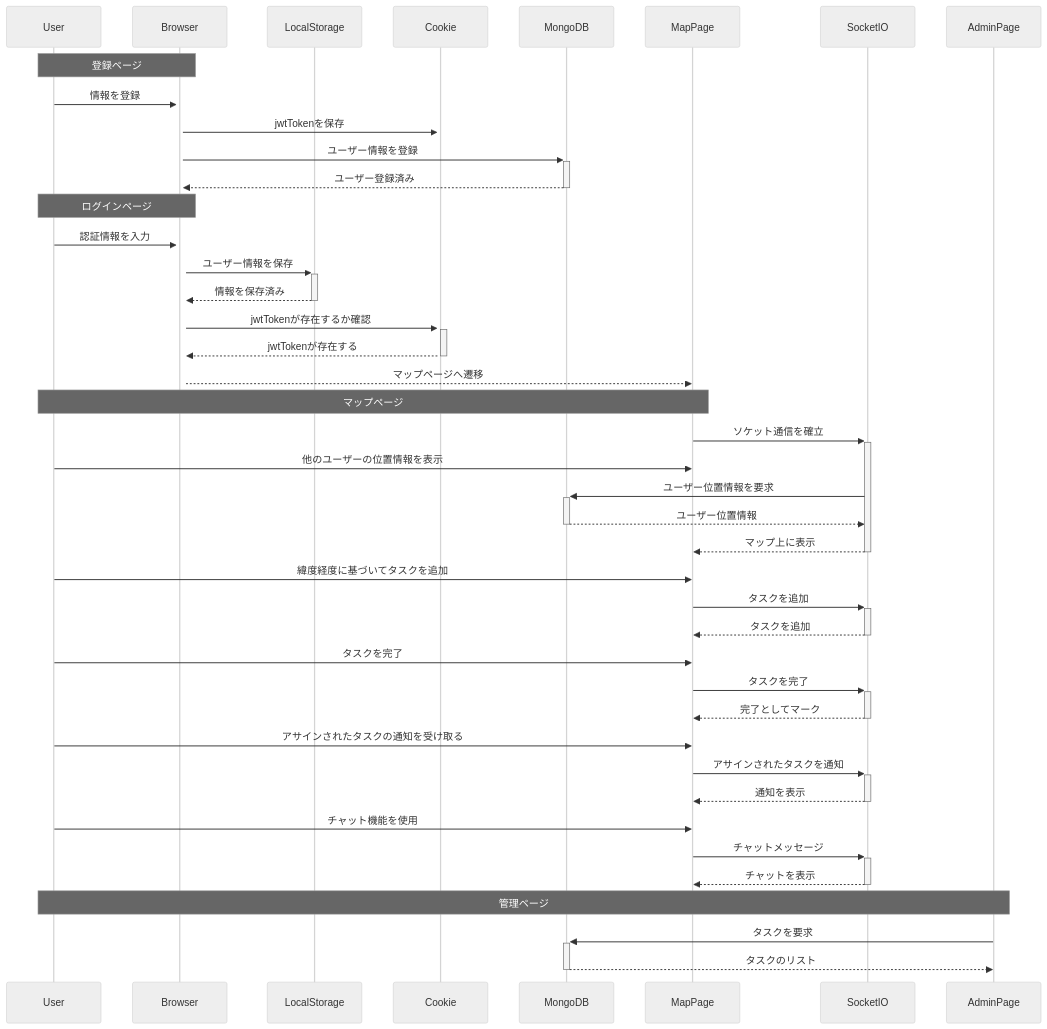
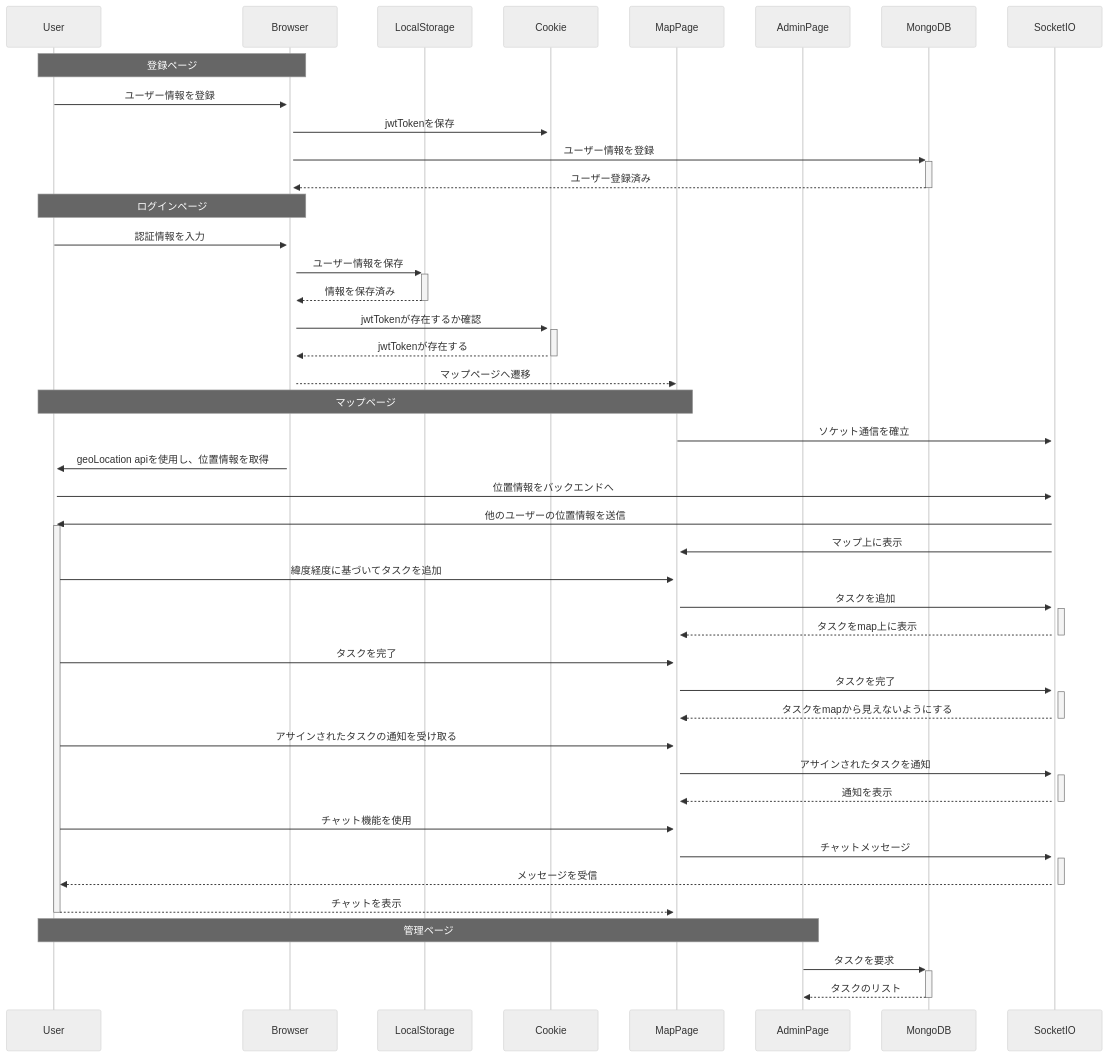
One commit to takatokawazu/taskmappin changed the diagram in README.md. Above: the diagram before and after it, drawn with Mermaid (neutral theme).

Commit message:
update シーケンス図

````diff
--- a/README.md
+++ b/README.md
@@ -74,52 +74,53 @@
 ```mermaid
 sequenceDiagram
     participant ユーザー as User
     participant ブラウザ as Browser
     participant ローカルストレージ as LocalStorage
     participant クッキー as Cookie
+    participant マップページ as MapPage
+    participant 管理ページ as AdminPage
     participant データベース as MongoDB
-    participant マップページ as MapPage
     participant ソケット通信 as SocketIO
-    participant 管理ページ as AdminPage
 
     Note over ユーザー,ブラウザ: 登録ページ
-    ユーザー->>+ブラウザ: 情報を登録
+    ユーザー->>+ブラウザ: ユーザー情報を登録
     ブラウザ->>+クッキー: jwtTokenを保存
     ブラウザ->>+データベース: ユーザー情報を登録
     データベース-->>-ブラウザ: ユーザー登録済み
 
     Note over ユーザー,ブラウザ: ログインページ
     ユーザー->>+ブラウザ: 認証情報を入力
     ブラウザ->>+ローカルストレージ: ユーザー情報を保存
     ローカルストレージ-->>-ブラウザ: 情報を保存済み
     ブラウザ->>+クッキー: jwtTokenが存在するか確認
     クッキー-->>-ブラウザ: jwtTokenが存在する
     ブラウザ-->>マップページ: マップページへ遷移
 
     Note over ユーザー,マップページ: マップページ
     マップページ->>+ソケット通信: ソケット通信を確立
-    ユーザー->>マップページ: 他のユーザーの位置情報を表示
-    ソケット通信->>+データベース: ユーザー位置情報を要求
-    データベース-->>-ソケット通信: ユーザー位置情報
-    ソケット通信-->>-マップページ: マップ上に表示
+    ブラウザ->>+ユーザー: geoLocation apiを使用し、位置情報を取得
+    ユーザー->>+ソケット通信: 位置情報をバックエンドへ
+    ソケット通信->>+ユーザー: 他のユーザーの位置情報を送信
+    ソケット通信->>+マップページ: マップ上に表示
 
     ユーザー->>マップページ: 緯度経度に基づいてタスクを追加
     マップページ->>+ソケット通信: タスクを追加
-    ソケット通信-->>-マップページ: タスクを追加
+    ソケット通信-->>-マップページ: タスクをmap上に表示
 
     ユーザー->>マップページ: タスクを完了
     マップページ->>+ソケット通信: タスクを完了
-    ソケット通信-->>-マップページ: 完了としてマーク
+    ソケット通信-->>-マップページ: タスクをmapから見えないようにする
 
     ユーザー->>マップページ: アサインされたタスクの通知を受け取る
     マップページ->>+ソケット通信: アサインされたタスクを通知
     ソケット通信-->>-マップページ: 通知を表示
 
     ユーザー->>マップページ: チャット機能を使用
     マップページ->>+ソケット通信: チャットメッセージ
-    ソケット通信-->>-マップページ: チャットを表示
+    ソケット通信-->>-ユーザー: メッセージを受信
+    ユーザー-->>-マップページ: チャットを表示
 
     Note over ユーザー,管理ページ: 管理ページ
     管理ページ->>+データベース: タスクを要求
     データベース-->>-管理ページ: タスクのリスト
 ```
````
